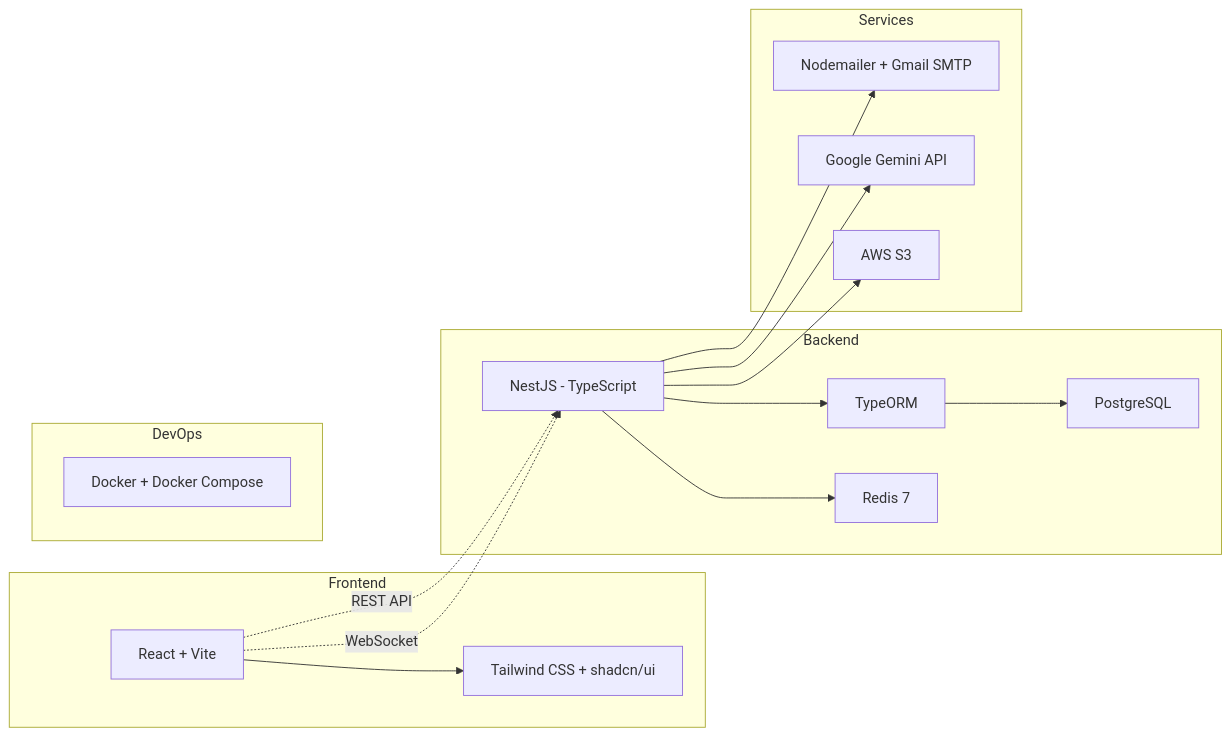
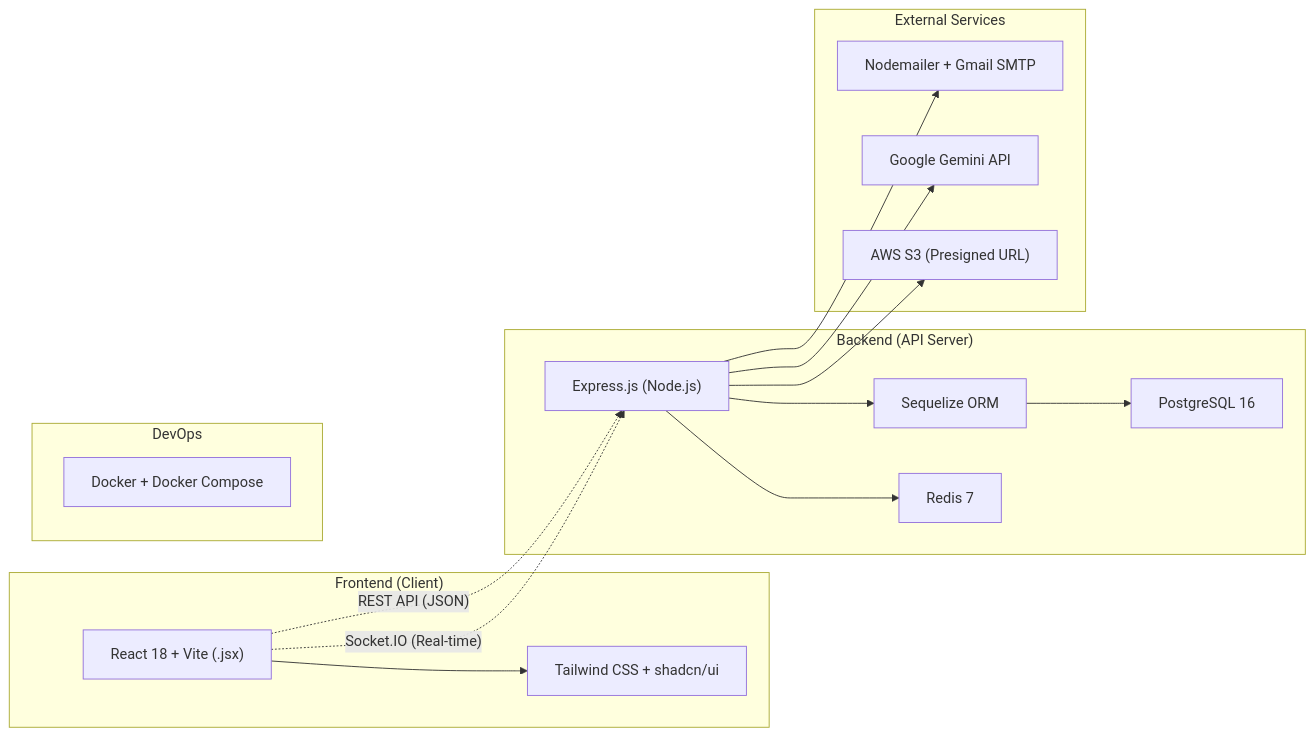
The diagram in docs/architecture/tech-stack.md (dunghvd79/eduverse), drawn with Mermaid before and after one commit. The commit also changed other lines of this file and 23 other files, not shown here.

Commit message:
docs: sync all documentation across repo with Tech Stack v2.0 (Express.js, Sequelize, Redis)

````diff
--- a/docs/architecture/tech-stack.md
+++ b/docs/architecture/tech-stack.md
@@ -11,24 +11,24 @@
 ```mermaid
 flowchart LR
-    subgraph Frontend
-        A["React + Vite"] --> B["Tailwind CSS + shadcn/ui"]
+    subgraph FE ["Frontend (Client)"]
+        A["React 18 + Vite (.jsx)"] --> B["Tailwind CSS + shadcn/ui"]
     end
-    subgraph Backend
-        C["NestJS - TypeScript"] --> D["TypeORM"]
-        D --> E["PostgreSQL"]
+    subgraph BE ["Backend (API Server)"]
+        C["Express.js (Node.js)"] --> D["Sequelize ORM"]
+        D --> E["PostgreSQL 16"]
         C --> R["Redis 7"]
     end
-    subgraph Services
+    subgraph EXT ["External Services"]
         F["Nodemailer + Gmail SMTP"]
         G["Google Gemini API"]
-        H["AWS S3"]
+        H["AWS S3 (Presigned URL)"]
     end
-    subgraph DevOps
+    subgraph OPS ["DevOps"]
         I["Docker + Docker Compose"]
     end
-    A -.->|REST API| C
-    A -.->|WebSocket| C
+    A -.->|"REST API (JSON)"| C
+    A -.->|"Socket.IO (Real-time)"| C
     C --> F
     C --> G
     C --> H
 ```
````
